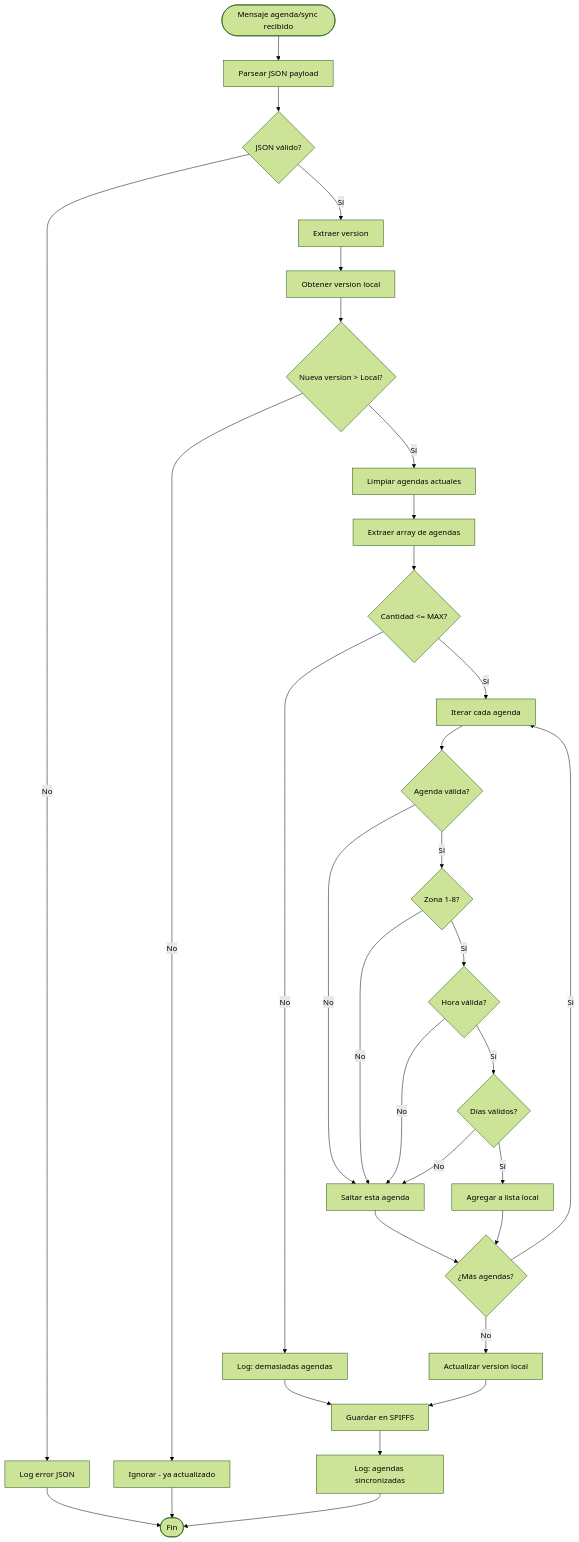
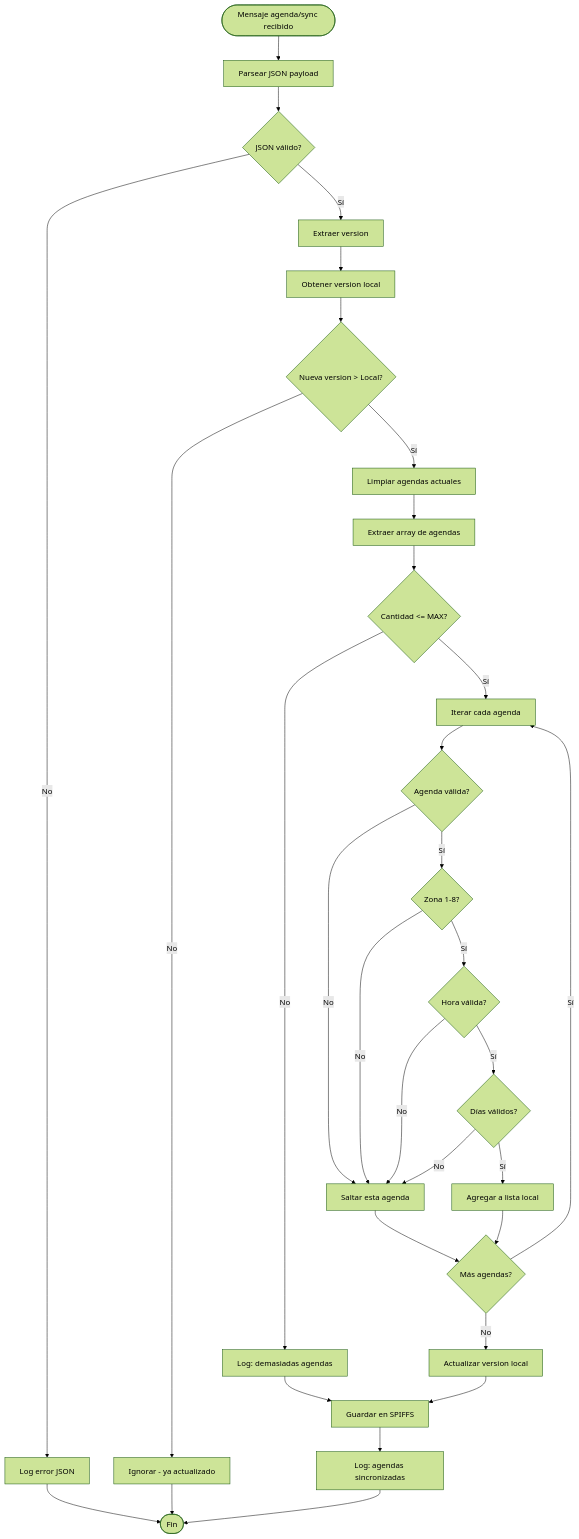
One commit to danielcalvindeveloper/irrigacion-mqtt changed the fourth of 11 diagrams in docs/implementacion/esp32-diagramas-flujo.md. Above: the diagram before and after it, drawn with Mermaid (forest theme). The commit also changed other lines of this file, not shown here.

Commit message:
mas mermaid

````diff
--- a/docs/implementacion/esp32-diagramas-flujo.md
+++ b/docs/implementacion/esp32-diagramas-flujo.md
@@ -182,45 +182,45 @@
 ```mermaid
 flowchart TD
     Start([Mensaje agenda/sync recibido]) --> ParseJSON[Parsear JSON payload]
     ParseJSON --> ValidateJSON{JSON válido?}
     ValidateJSON -->|No| LogError[Log error JSON]
     
     ValidateJSON -->|Sí| ExtractVersion[Extraer version]
     ExtractVersion --> GetLocalVersion[Obtener version local]
     GetLocalVersion --> CompareVersion{Nueva version > Local?}
     
     CompareVersion -->|No| IgnoreOld["Ignorar - ya actualizado"]
     CompareVersion -->|Sí| ClearAgendas[Limpiar agendas actuales]
     
     ClearAgendas --> ExtractAgendas[Extraer array de agendas]
     ExtractAgendas --> ValidateCount{Cantidad <= MAX?}
     ValidateCount -->|No| LogTooMany[Log: demasiadas agendas]
     
     ValidateCount -->|Sí| LoopAgendas[Iterar cada agenda]
     LoopAgendas --> ValidateAgenda{Agenda válida?}
     
     ValidateAgenda -->|No| SkipAgenda[Saltar esta agenda]
     ValidateAgenda -->|Sí| CheckZone{Zona 1-8?}
     
     CheckZone -->|No| SkipAgenda
     CheckZone -->|Sí| CheckTime{Hora válida?}
     
     CheckTime -->|No| SkipAgenda
     CheckTime -->|Sí| CheckDays{Días válidos?}
     
     CheckDays -->|No| SkipAgenda
     CheckDays -->|Sí| AddAgenda[Agregar a lista local]
     
-    AddAgenda --> MoreAgendas{¿Más agendas?}
+    AddAgenda --> MoreAgendas{"Más agendas?"}
     MoreAgendas -->|Sí| LoopAgendas
     MoreAgendas -->|No| UpdateLocalVersion[Actualizar version local]
     
     UpdateLocalVersion --> SaveToSPIFFS[Guardar en SPIFFS]
     SaveToSPIFFS --> LogSuccess[Log: agendas sincronizadas]
     
     SkipAgenda --> MoreAgendas
     LogSuccess --> End([Fin])
     IgnoreOld --> End
     LogError --> End
     LogTooMany --> SaveToSPIFFS
 ```
````
